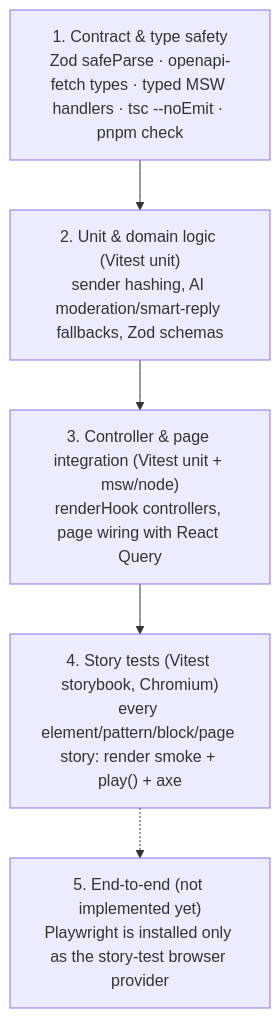
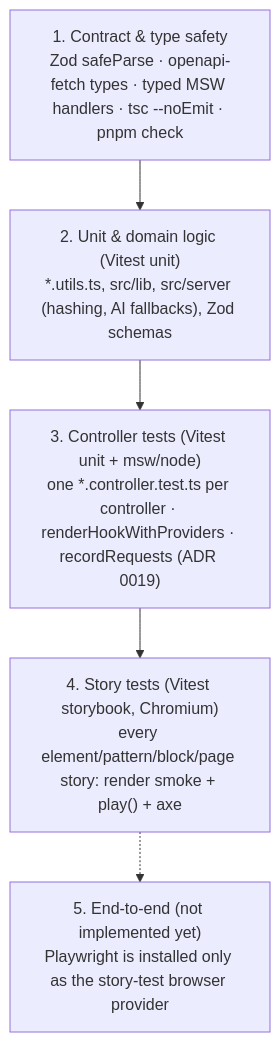
One commit to Abbas4tech/GhostMsg changed the first of 2 diagrams in docs/07-testing-strategy.md. Above: the diagram before and after it, drawn with Mermaid. The commit also changed other lines of this file and 198 other files, not shown here.

````diff
--- a/docs/07-testing-strategy.md
+++ b/docs/07-testing-strategy.md
@@ -13,10 +13,10 @@
 ```mermaid
 flowchart TD
     CONTRACT["1. Contract & type safety<br/>Zod safeParse · openapi-fetch types · typed MSW handlers · tsc --noEmit · pnpm check"]
-    UNIT["2. Unit & domain logic (Vitest unit)<br/>sender hashing, AI moderation/smart-reply fallbacks, Zod schemas"]
-    INTEG["3. Controller & page integration (Vitest unit + msw/node)<br/>renderHook controllers, page wiring with React Query"]
+    UNIT["2. Unit & domain logic (Vitest unit)<br/>*.utils.ts, src/lib, src/server (hashing, AI fallbacks), Zod schemas"]
+    INTEG["3. Controller tests (Vitest unit + msw/node)<br/>one *.controller.test.ts per controller · renderHookWithProviders · recordRequests (ADR 0019)"]
     STORIES["4. Story tests (Vitest storybook, Chromium)<br/>every element/pattern/block/page story: render smoke + play() + axe"]
     E2E["5. End-to-end (not implemented yet)<br/>Playwright is installed only as the story-test browser provider"]
 
     CONTRACT --> UNIT --> INTEG --> STORIES -.-> E2E
 ```
````
